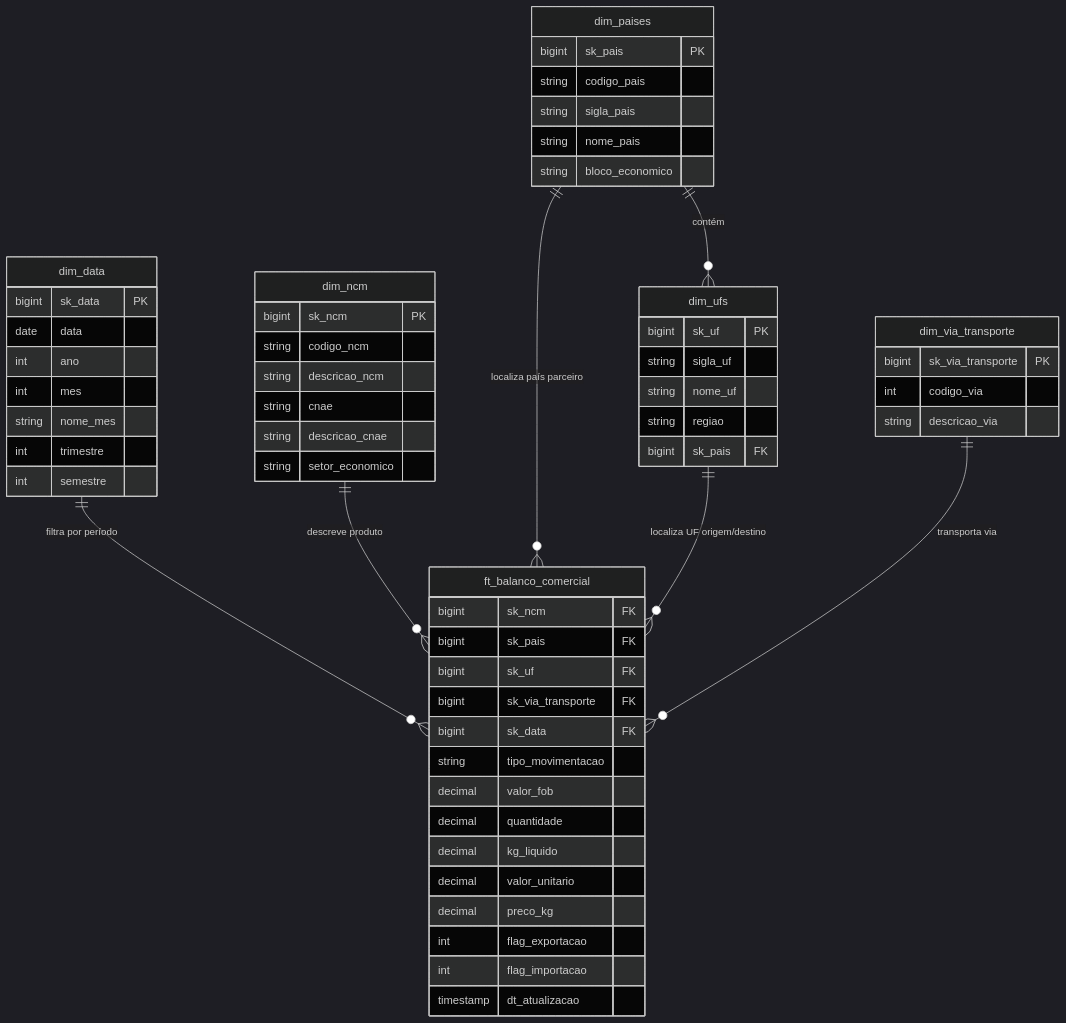
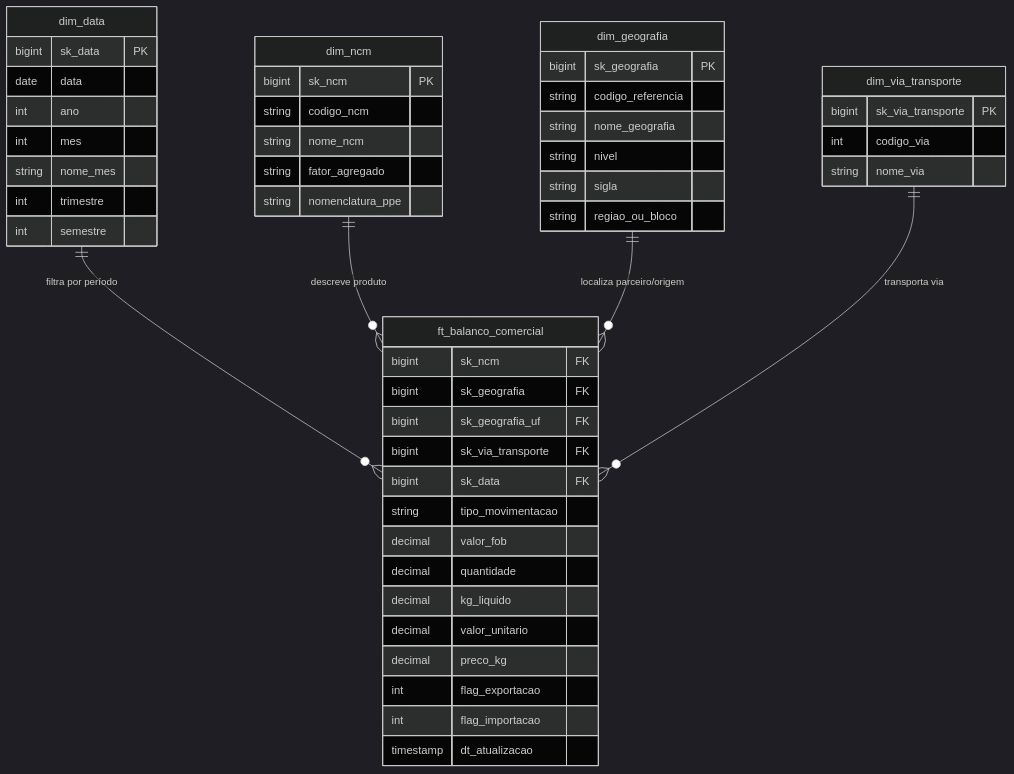
The first of 2 diagrams in docs/manual/04_arquitetura_detalhada.md (devdiasbr/databricks-challenge), drawn with Mermaid (dark theme) before and after one commit. The commit also changed other lines of this file and 13 other files, not shown here.

````diff
--- a/docs/manual/04_arquitetura_detalhada.md
+++ b/docs/manual/04_arquitetura_detalhada.md
@@ -63,67 +60,57 @@
 ```mermaid
 erDiagram
     ft_balanco_comercial {
         bigint sk_ncm FK
-        bigint sk_pais FK
-        bigint sk_uf FK
+        bigint sk_geografia FK
+        bigint sk_geografia_uf FK
         bigint sk_via_transporte FK
         bigint sk_data FK
         string tipo_movimentacao
         decimal valor_fob
         decimal quantidade
         decimal kg_liquido
         decimal valor_unitario
         decimal preco_kg
         int flag_exportacao
         int flag_importacao
         timestamp dt_atualizacao
     }
 
     dim_data {
         bigint sk_data PK
         date data
         int ano
         int mes
         string nome_mes
         int trimestre
         int semestre
     }
 
     dim_ncm {
         bigint sk_ncm PK
         string codigo_ncm
-        string descricao_ncm
-        string cnae
-        string descricao_cnae
-        string setor_economico
+        string nome_ncm
+        string fator_agregado
+        string nomenclatura_ppe
     }
 
-    dim_paises {
-        bigint sk_pais PK
-        string codigo_pais
-        string sigla_pais
-        string nome_pais
-        string bloco_economico
-    }
-
-    dim_ufs {
-        bigint sk_uf PK
-        string sigla_uf
-        string nome_uf
-        string regiao
-        bigint sk_pais FK
+    dim_geografia {
+        bigint sk_geografia PK
+        string codigo_referencia
+        string nome_geografia
+        string nivel
+        string sigla
+        string regiao_ou_bloco
     }
 
     dim_via_transporte {
         bigint sk_via_transporte PK
         int codigo_via
-        string descricao_via
+        string nome_via
     }
 
     dim_data ||--o{ ft_balanco_comercial : "filtra por período"
     dim_ncm ||--o{ ft_balanco_comercial : "descreve produto"
-    dim_paises ||--o{ ft_balanco_comercial : "localiza país parceiro"
-    dim_ufs ||--o{ ft_balanco_comercial : "localiza UF origem/destino"
+    dim_geografia ||--o{ ft_balanco_comercial : "localiza parceiro/origem"
     dim_via_transporte ||--o{ ft_balanco_comercial : "transporta via"
-    dim_paises ||--o{ dim_ufs : "contém"
 ```
````
